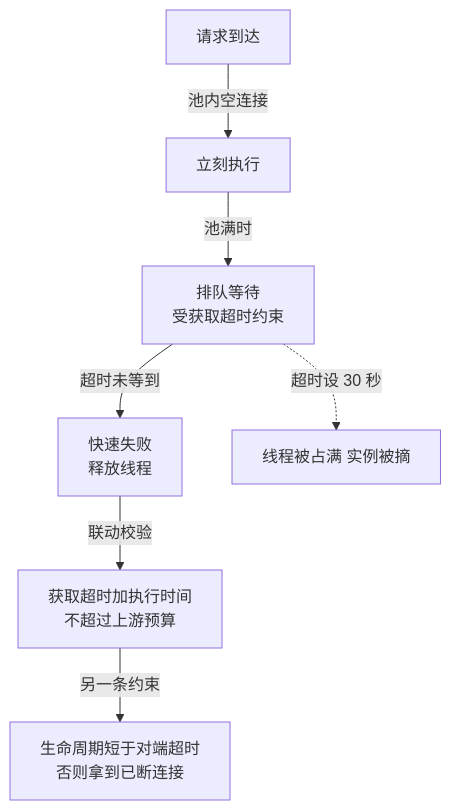
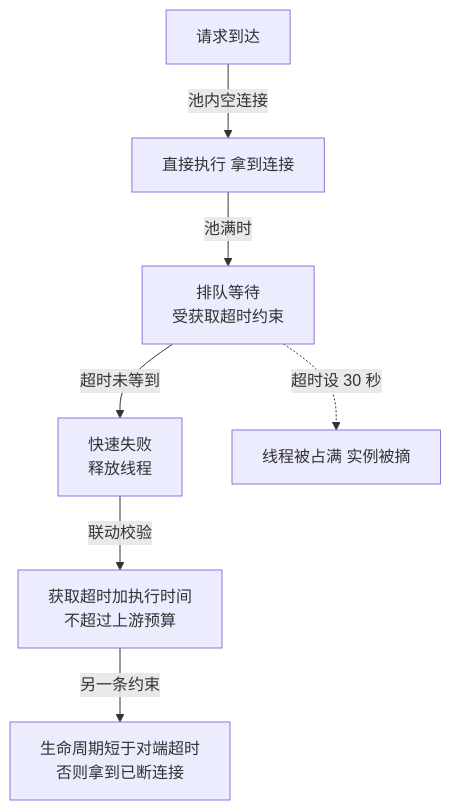
The third of 3 diagrams in vault/工程知识/后端系统：在并发、失败与变化中维持服务/服务设计/连接池参数的联动校验：池大小、超时与队列深度是一组约束.md (hub138/technical-knowledge), drawn with Mermaid before and after one commit. The commit also changed other lines of this file and 622 other files, not shown here.

````diff
--- a/vault/工程知识/后端系统：在并发、失败与变化中维持服务/服务设计/连接池参数的联动校验：池大小、超时与队列深度是一组约束.md
+++ b/vault/工程知识/后端系统：在并发、失败与变化中维持服务/服务设计/连接池参数的联动校验：池大小、超时与队列深度是一组约束.md
@@ -38,9 +73,9 @@
 ```mermaid
 graph TD
-    R["请求到达"] -->|"池内空连接"| OK["立刻执行"]
+    R["请求到达"] -->|"池内空连接"| OK["直接执行 拿到连接"]
     OK -->|"池满时"| Q["排队等待<br/>受获取超时约束"]
     Q -->|"超时未等到"| F["快速失败<br/>释放线程"]
     F -->|"联动校验"| C["获取超时加执行时间<br/>不超过上游预算"]
     C -->|"另一条约束"| L["生命周期短于对端超时<br/>否则拿到已断连接"]
     Q -.->|"超时设 30 秒"| X["线程被占满 实例被摘"]
 ```
````
